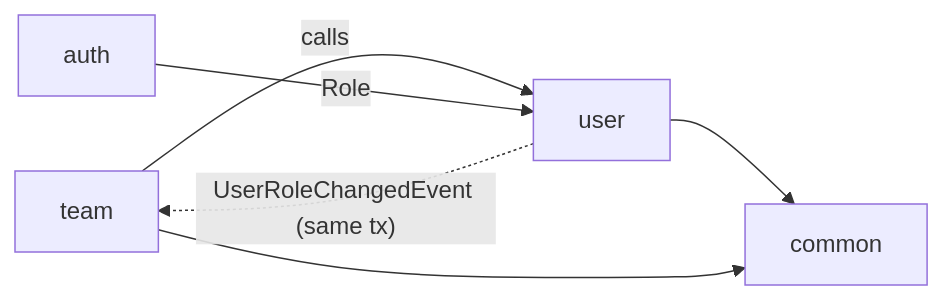
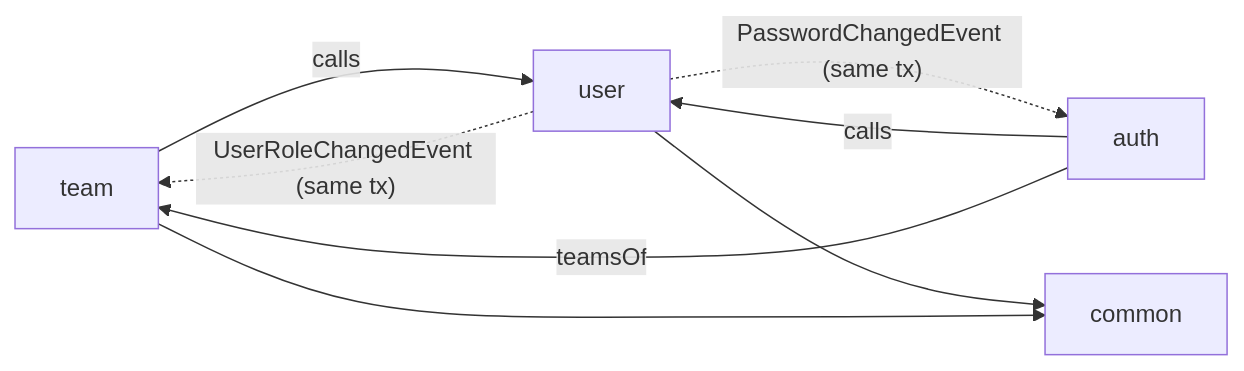
One commit to Adebozz/enterprise-service-management changed the second of 2 diagrams in docs/architecture.md. Above: the diagram before and after it, drawn with Mermaid. The commit also changed other lines of this file and 55 other files, not shown here.

````diff
--- a/docs/architecture.md
+++ b/docs/architecture.md
@@ -57,7 +57,9 @@
 ```mermaid
 flowchart LR
     team -->|calls| user
     user -. "UserRoleChangedEvent (same tx)" .-> team
-    auth -->|Role| user
+    auth -->|calls| user
+    auth -->|teamsOf| team
+    user -. "PasswordChangedEvent (same tx)" .-> auth
     user & team --> common
 ```
````
